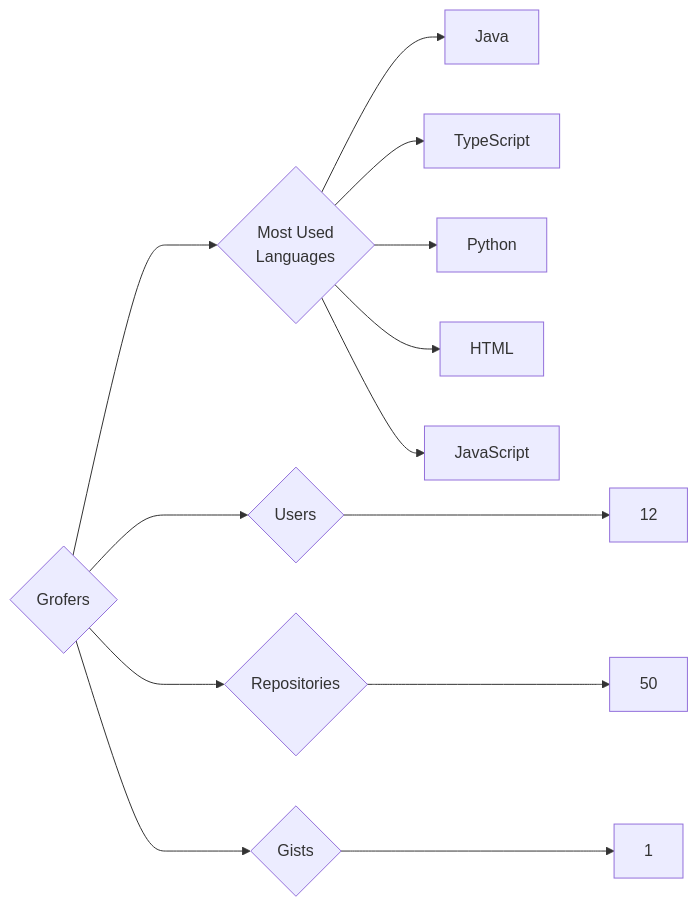
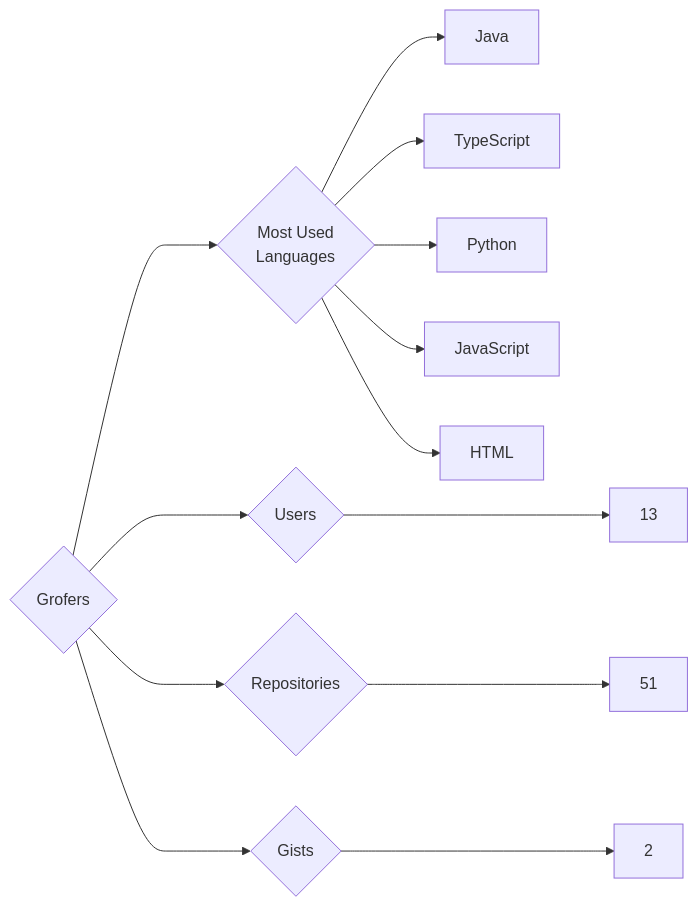
Before and after one commit to trickest/insiders: the diagram in targets/Grofers/README.md, drawn with Mermaid. The commit also changed 938 other files, not shown here.

````diff
--- a/targets/Grofers/README.md
+++ b/targets/Grofers/README.md
@@ -3,13 +3,13 @@
 ```mermaid
 graph LR
 COMPANY_NAME{Grofers}
-COMPANY_NAME ---> U{Users} ---> UN[12]
-COMPANY_NAME ---> R{Repositories} ---> RN[50]
-COMPANY_NAME ---> G{Gists} ---> GN[1]
+COMPANY_NAME ---> U{Users} ---> UN[13]
+COMPANY_NAME ---> R{Repositories} ---> RN[51]
+COMPANY_NAME ---> G{Gists} ---> GN[2]
 COMPANY_NAME ---> ML{Most Used<br>Languages}
 ML --> Java[Java]
 ML --> TypeScript[TypeScript]
 ML --> Python[Python]
+ML --> JavaScript[JavaScript]
 ML --> HTML[HTML]
-ML --> JavaScript[JavaScript]
 ```
````
